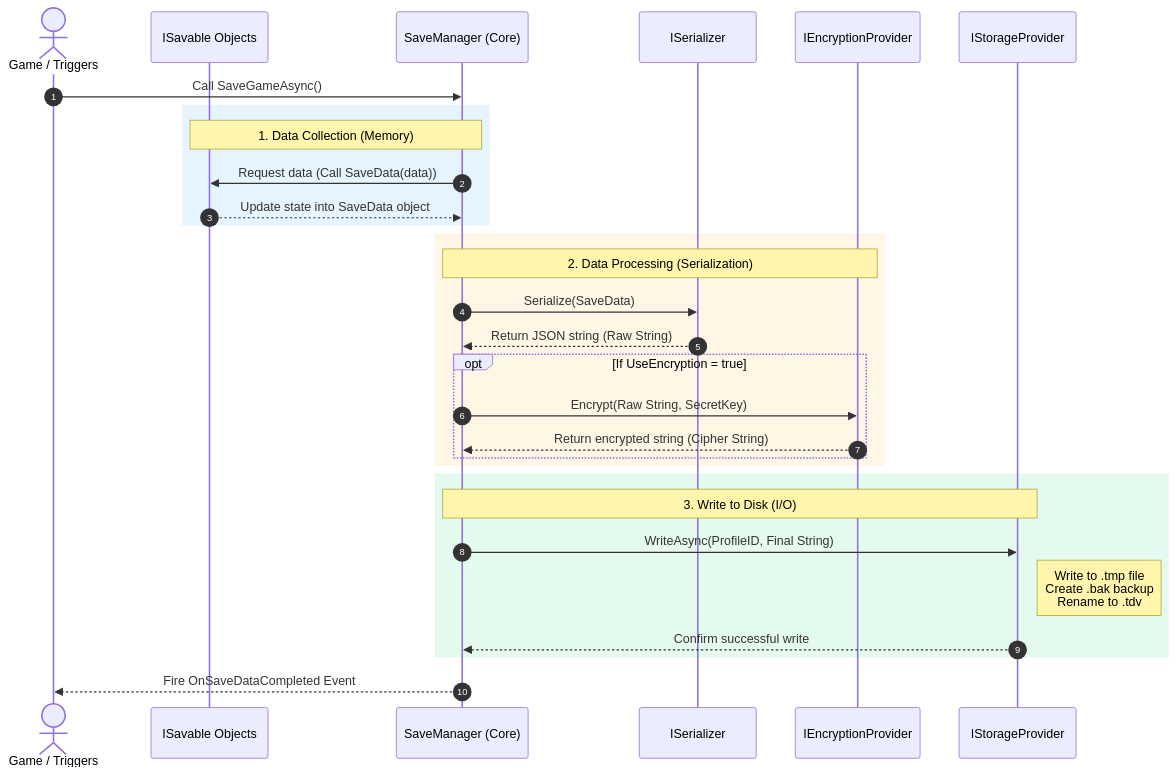
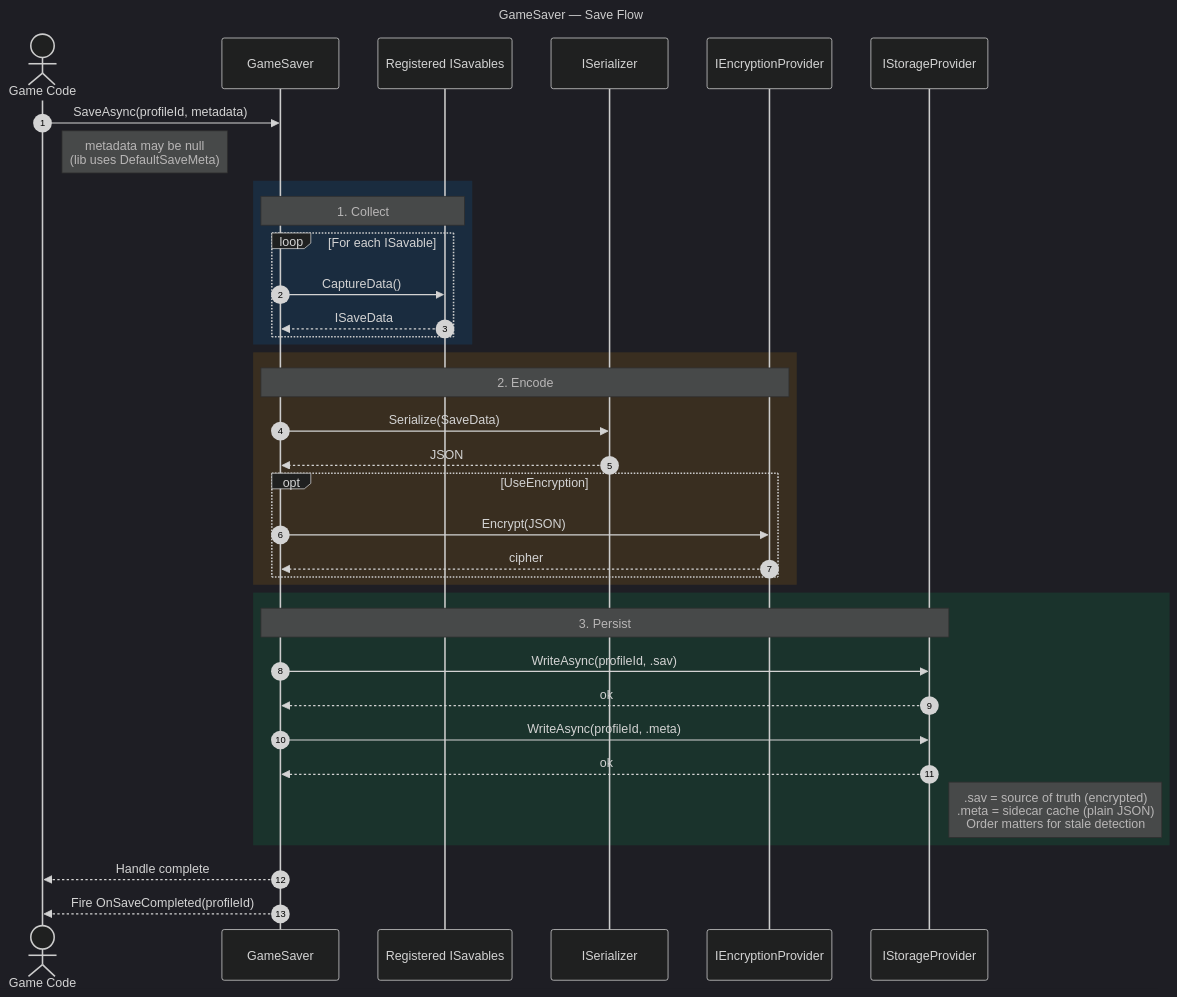
Before and after one commit to ThanhDang143/ThanhDV.GameSaver: the diagram in Assets/Packages/GameSaver/SystemDesign~/Flow_SaveGame.mmd, drawn with Mermaid. The commit also changed 26 other files, not shown here.

```diff
--- a/Assets/Packages/GameSaver/SystemDesign~/Flow_SaveGame.mmd
+++ b/Assets/Packages/GameSaver/SystemDesign~/Flow_SaveGame.mmd
@@ -1,36 +1,46 @@
+---
+config:
+  theme: dark
+title: GameSaver — Save Flow
+---
 sequenceDiagram
     autonumber
-    actor Player as Game / Triggers
-    participant Savable as ISavable Objects
-    participant SM as SaveManager (Core)
+    actor Caller as Game Code
+    participant GS as GameSaver
+    participant Sav as Registered ISavables
     participant Ser as ISerializer
     participant Enc as IEncryptionProvider
-    participant Storage as IStorageProvider
+    participant Store as IStorageProvider
 
-    Player->>SM: Call SaveGameAsync()
-    
-    rect rgba(0, 150, 255, 0.1)
-        Note over SM, Savable: 1. Data Collection (Memory)
-        SM->>Savable: Request data (Call SaveData(data))
-        Savable-->>SM: Update state into SaveData object
-    end
+    Caller->>GS: SaveAsync(profileId, metadata)
+    Note right of Caller: metadata may be null<br/>(lib uses DefaultSaveMeta)
 
-    rect rgba(255, 165, 0, 0.1)
-        Note over SM, Enc: 2. Data Processing (Serialization)
-        SM->>Ser: Serialize(SaveData)
-        Ser-->>SM: Return JSON string (Raw String)
-        
-        opt If UseEncryption = true
-            SM->>Enc: Encrypt(Raw String, SecretKey)
-            Enc-->>SM: Return encrypted string (Cipher String)
+    rect rgba(0, 150, 255, 0.12)
+        Note over GS, Sav: 1. Collect
+        loop For each ISavable
+            GS->>Sav: CaptureData()
+            Sav-->>GS: ISaveData
         end
     end
 
-    rect rgba(0, 200, 100, 0.1)
-        Note over SM, Storage: 3. Write to Disk (I/O)
-        SM->>Storage: WriteAsync(ProfileID, Final String)
-        Note right of Storage: Write to .tmp file<br/>Create .bak backup<br/>Rename to .tdv
-        Storage-->>SM: Confirm successful write
+    rect rgba(255, 165, 0, 0.12)
+        Note over GS, Enc: 2. Encode
+        GS->>Ser: Serialize(SaveData)
+        Ser-->>GS: JSON
+        opt UseEncryption
+            GS->>Enc: Encrypt(JSON)
+            Enc-->>GS: cipher
+        end
     end
-    
-    SM-->>Player: Fire OnSaveDataCompleted Event
+
+    rect rgba(0, 200, 100, 0.12)
+        Note over GS, Store: 3. Persist
+        GS->>Store: WriteAsync(profileId, .sav)
+        Store-->>GS: ok
+        GS->>Store: WriteAsync(profileId, .meta)
+        Store-->>GS: ok
+        Note right of Store: .sav = source of truth (encrypted)<br/>.meta = sidecar cache (plain JSON)<br/>Order matters for stale detection
+    end
+
+    GS-->>Caller: Handle complete
+    GS-->>Caller: Fire OnSaveCompleted(profileId)
```
